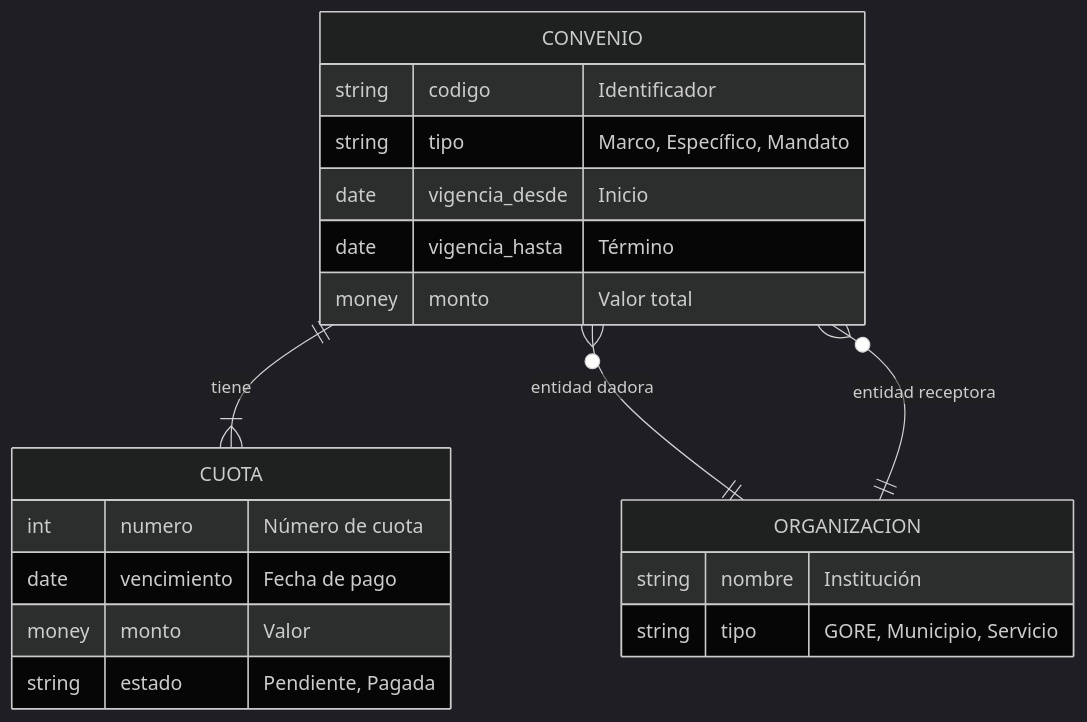
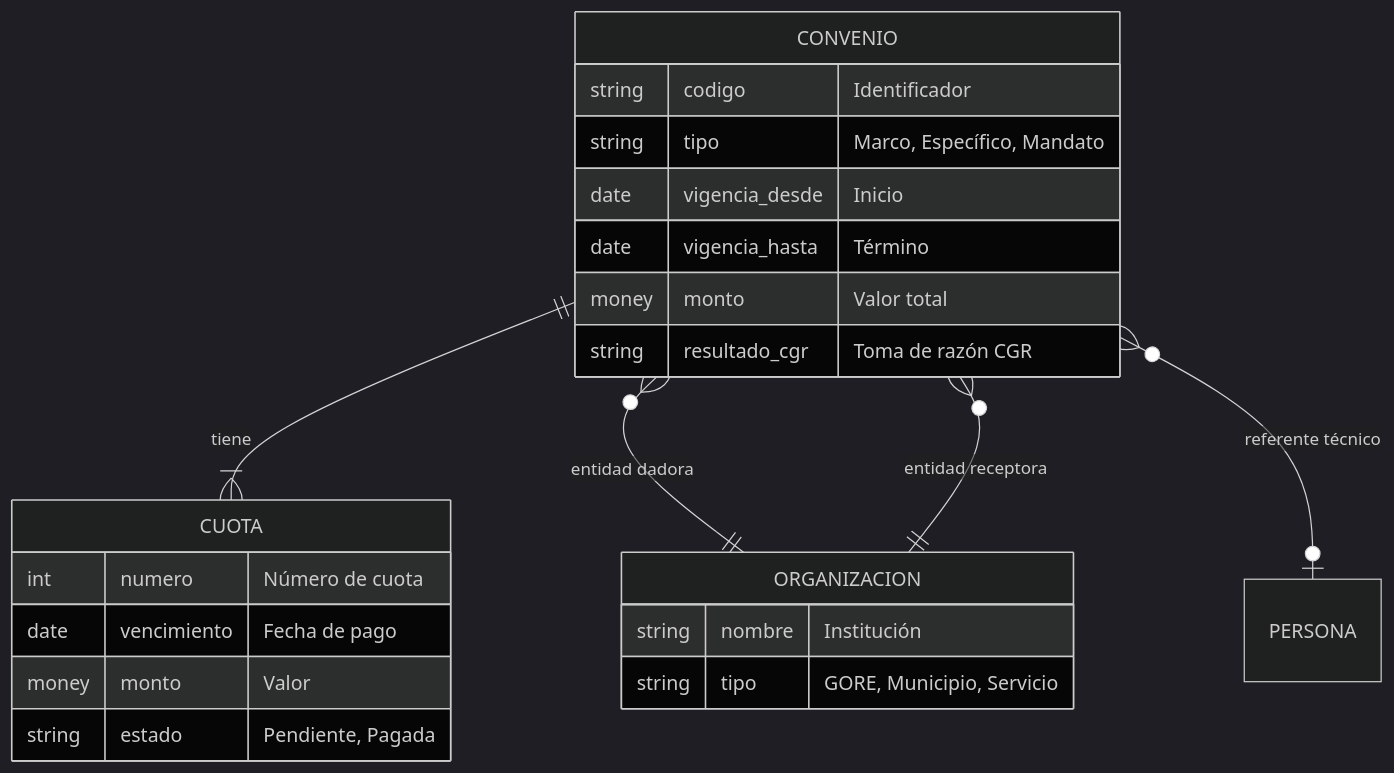
The fourth of 9 diagrams in model/model_goreos/docs/GOREOS_CONCEPTUAL_MODEL.md (felix-antonio-sl/gore_os), drawn with Mermaid (dark theme) before and after one commit. The commit also changed other lines of this file and 2334 other files, not shown here.

````diff
--- a/model/model_goreos/docs/GOREOS_CONCEPTUAL_MODEL.md
+++ b/model/model_goreos/docs/GOREOS_CONCEPTUAL_MODEL.md
@@ -109,26 +115,28 @@
 ```mermaid
 erDiagram
     CONVENIO {
         string codigo "Identificador"
         string tipo "Marco, Específico, Mandato"
         date vigencia_desde "Inicio"
         date vigencia_hasta "Término"
         money monto "Valor total"
+        string resultado_cgr "Toma de razón CGR"
     }
 
     CUOTA {
         int numero "Número de cuota"
         date vencimiento "Fecha de pago"
         money monto "Valor"
         string estado "Pendiente, Pagada"
     }
 
     ORGANIZACION {
         string nombre "Institución"
         string tipo "GORE, Municipio, Servicio"
     }
 
     CONVENIO ||--|{ CUOTA : "tiene"
     CONVENIO }o--|| ORGANIZACION : "entidad dadora"
     CONVENIO }o--|| ORGANIZACION : "entidad receptora"
+    CONVENIO }o--o| PERSONA : "referente técnico"
 ```
````
